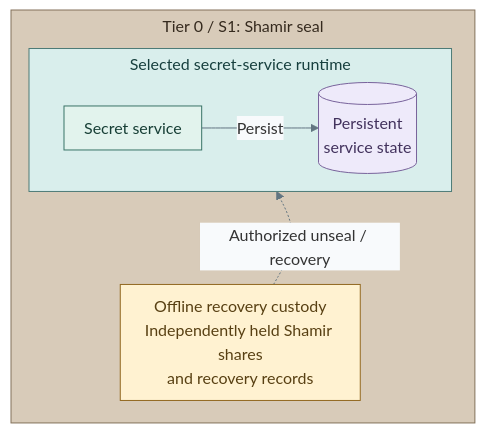
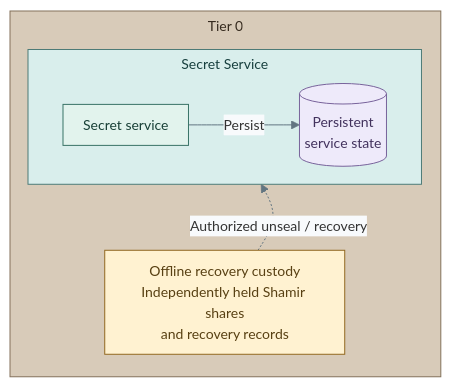
The first of 2 diagrams in docs/01-architecture/08-cryptography/06-vault-seal.md (Rexus/homelab), drawn with Mermaid before and after one commit. The commit also changed 124 other files, not shown here.

First line of the commit message:
fix(platform): align service diagrams and directory failover

````diff
--- a/docs/01-architecture/08-cryptography/06-vault-seal.md
+++ b/docs/01-architecture/08-cryptography/06-vault-seal.md
@@ -19,27 +19,27 @@
 ```mermaid
-%%{init: {"theme":"base","flowchart":{"nodeSpacing":16,"rankSpacing":20,"padding":10,"subGraphTitleMargin":{"top":4,"bottom":12}},"themeVariables":{"lineColor":"#627581","edgeLabelBackground":"#f8fafc"}}}%%
+%%{init: {"theme":"base","flowchart":{"nodeSpacing":16,"rankSpacing":20,"padding":10,"subGraphTitleMargin":{"top":4,"bottom":12}},"themeVariables":{"lineColor":"#627581","edgeLabelBackground":"#f8fafc","fontFamily":"Arial, sans-serif","fontSize":"14px"},"fontFamily":"Arial, sans-serif"}}%%
 flowchart TB
-  subgraph T0["Tier 0 / S1: Shamir seal"]
+  subgraph T0["Tier 0"]
     direction TB
-    subgraph Runtime["Selected secret-service runtime"]
+    subgraph Runtime["Secret Service"]
       direction LR
       B["Secret service"]
       Data[("Persistent<br/>service state")]
       B -->|Persist| Data
     end
     Custody["Offline recovery custody<br/>Independently held Shamir shares<br/>and recovery records"]
     Runtime ~~~ Custody
     Custody -. Authorized unseal / recovery .-> Runtime
   end
   classDef default fill:#f8fafc,stroke:#64748b,color:#1f2937
   classDef tier0 fill:#d8cbb9,stroke:#83715a,color:#352a1e
   classDef runtime fill:#d9eeec,stroke:#4d7b77,color:#173f3e
   classDef control fill:#e2f3ed,stroke:#397366,color:#173f36
   classDef data fill:#eeeafa,stroke:#78639b,color:#42325d
   classDef custody fill:#fff2d1,stroke:#926820,color:#584013
   class T0 tier0
   class Runtime runtime
   class B control
   class Data data
   class Custody custody
 ```
````
